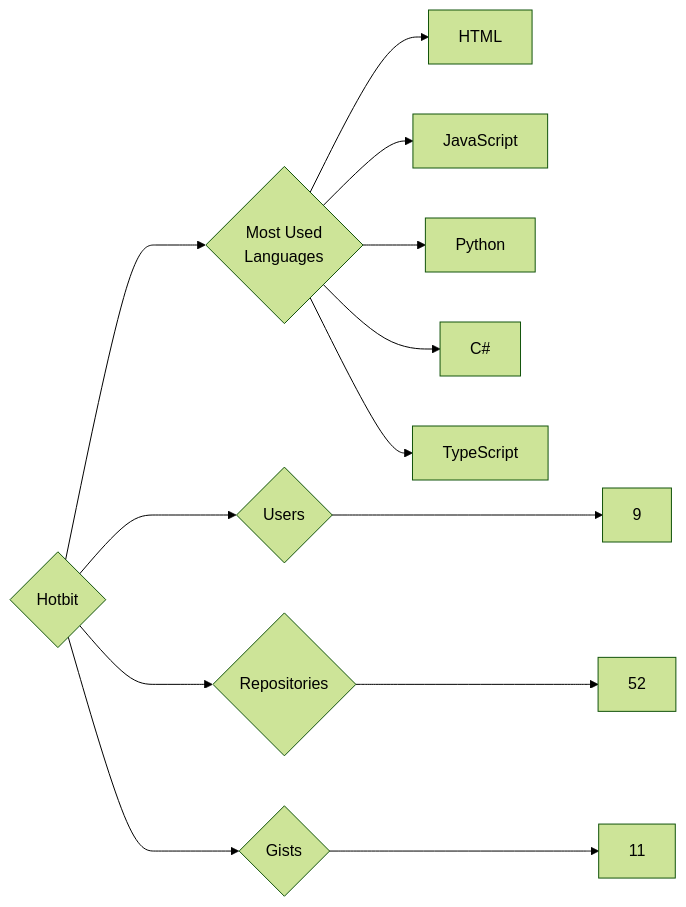
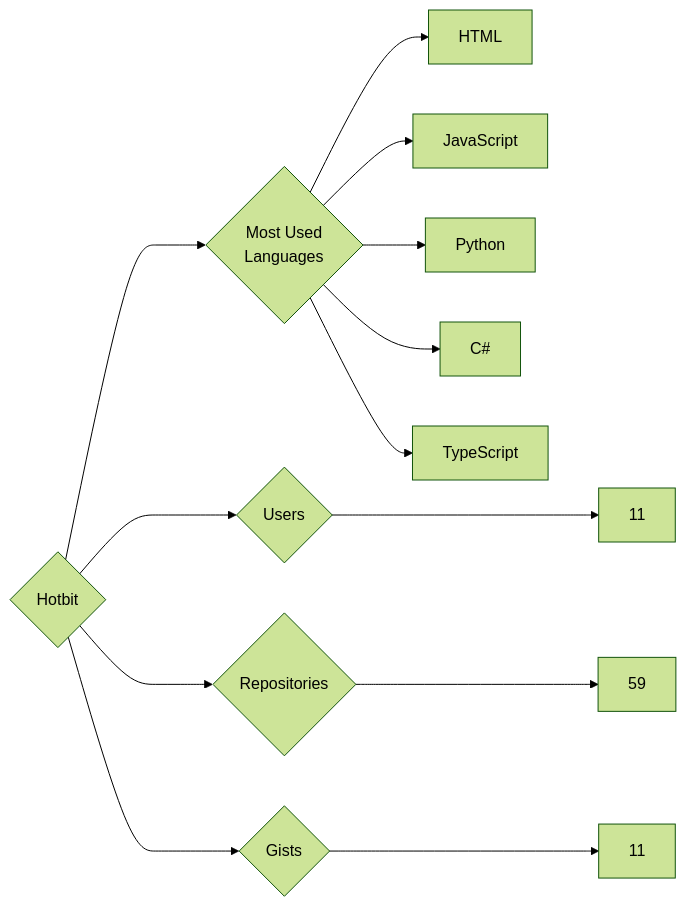
One commit to trickest/insiders changed the diagram in targets/Hotbit/README.md. Above: the diagram before and after it, drawn with Mermaid (forest theme). The commit also changed 1055 other files, not shown here.

````diff
--- a/targets/Hotbit/README.md
+++ b/targets/Hotbit/README.md
@@ -3,13 +3,13 @@
 ```mermaid
 graph LR
 COMPANY_NAME{Hotbit}
-COMPANY_NAME ---> U{Users} ---> UN[9]
-COMPANY_NAME ---> R{Repositories} ---> RN[52]
+COMPANY_NAME ---> U{Users} ---> UN[11]
+COMPANY_NAME ---> R{Repositories} ---> RN[59]
 COMPANY_NAME ---> G{Gists} ---> GN[11]
 COMPANY_NAME ---> ML{Most Used<br>Languages}
 ML --> HTML[HTML]
 ML --> JavaScript[JavaScript]
 ML --> Python[Python]
 ML --> C#[C#]
 ML --> TypeScript[TypeScript]
 ```
````
